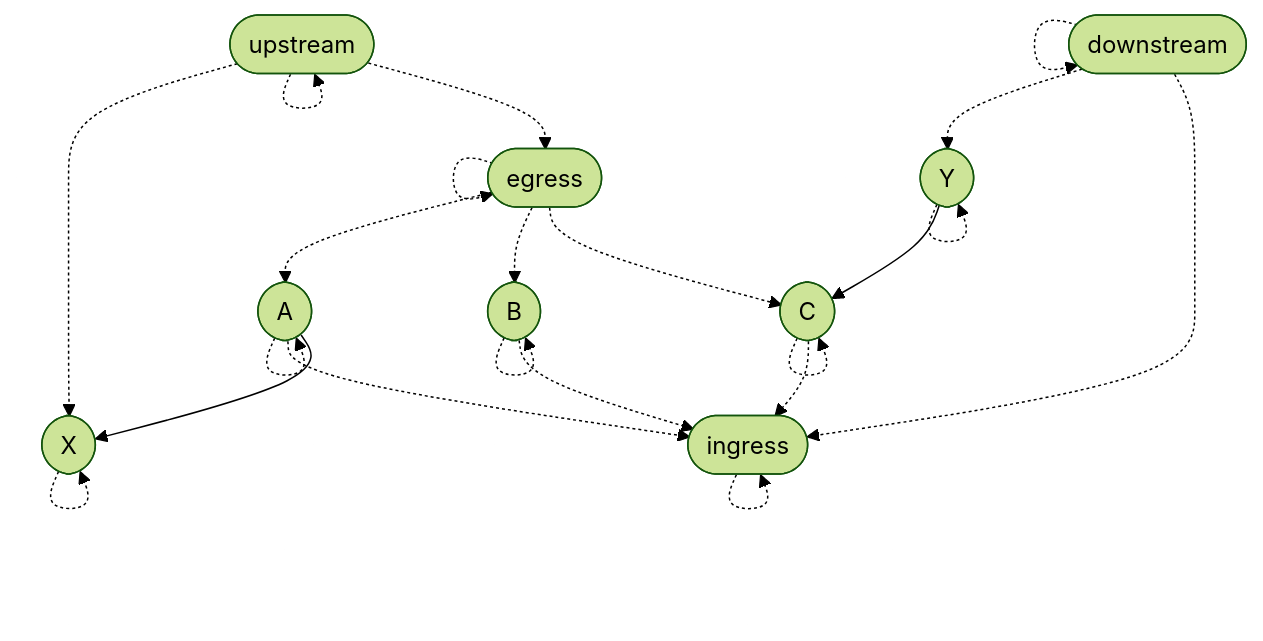
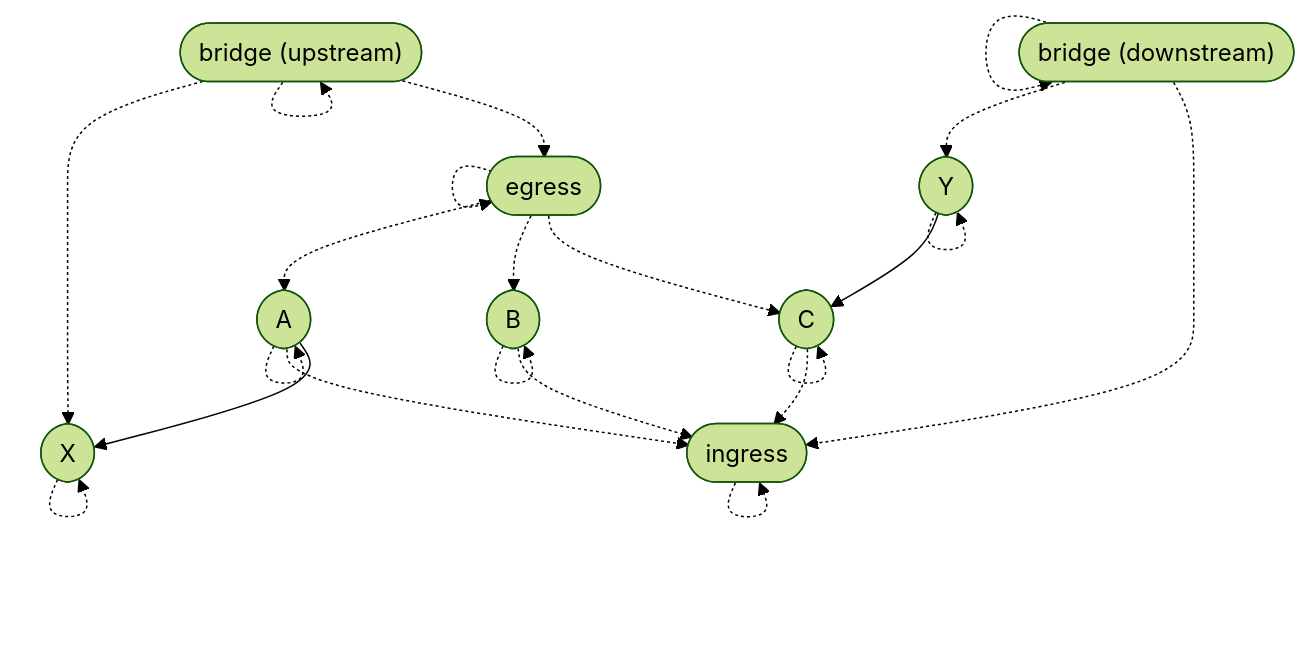
Before and after one commit to stepchowfun/proofs: diagram 12 of 14 in proofs/AdmissibilityGraph/README.md, drawn with Mermaid (forest theme). The commit also changed other lines of this file, not shown here.

Commit message:
Wordsmith the admissibility graph README

````diff
--- a/proofs/AdmissibilityGraph/README.md
+++ b/proofs/AdmissibilityGraph/README.md
@@ -316,35 +316,35 @@
 ```mermaid
 flowchart TD
-  up([upstream])
-  down([downstream])
+  up(["bridge (upstream)"])
+  down(["bridge (downstream)"])
   e([egress])
   y([Y])
   a([A])
   b([B])
   c([C])
   x([X])
   i([ingress])
 
   up -.-> up
   down -.-> down
   e -.-> e
   y -.-> y
   a -.-> a
   b -.-> b
   c -.-> c
   x -.-> x
   i -.-> i
 
   up -.-> x
   up -.-> e
   down -.-> y
   down -.-> i
   e -.-> a
   e -.-> b
   e -.-> c
   a -.-> i
   b -.-> i
   c -.-> i
   a --> x
   y --> c
 ```
````
